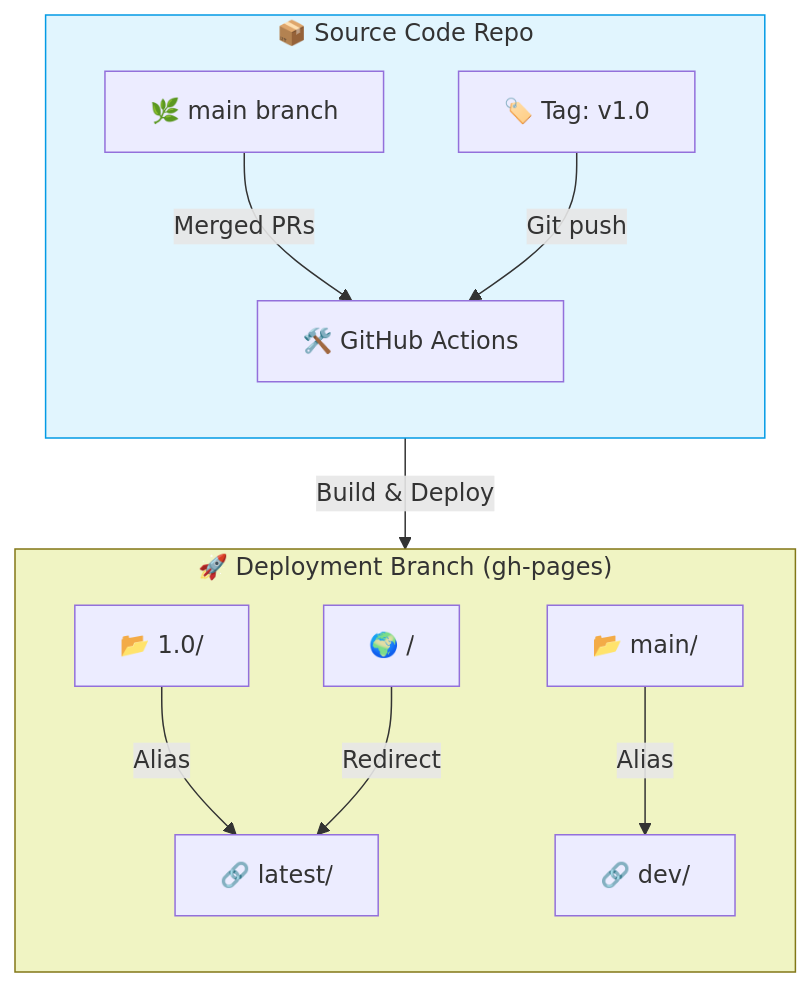
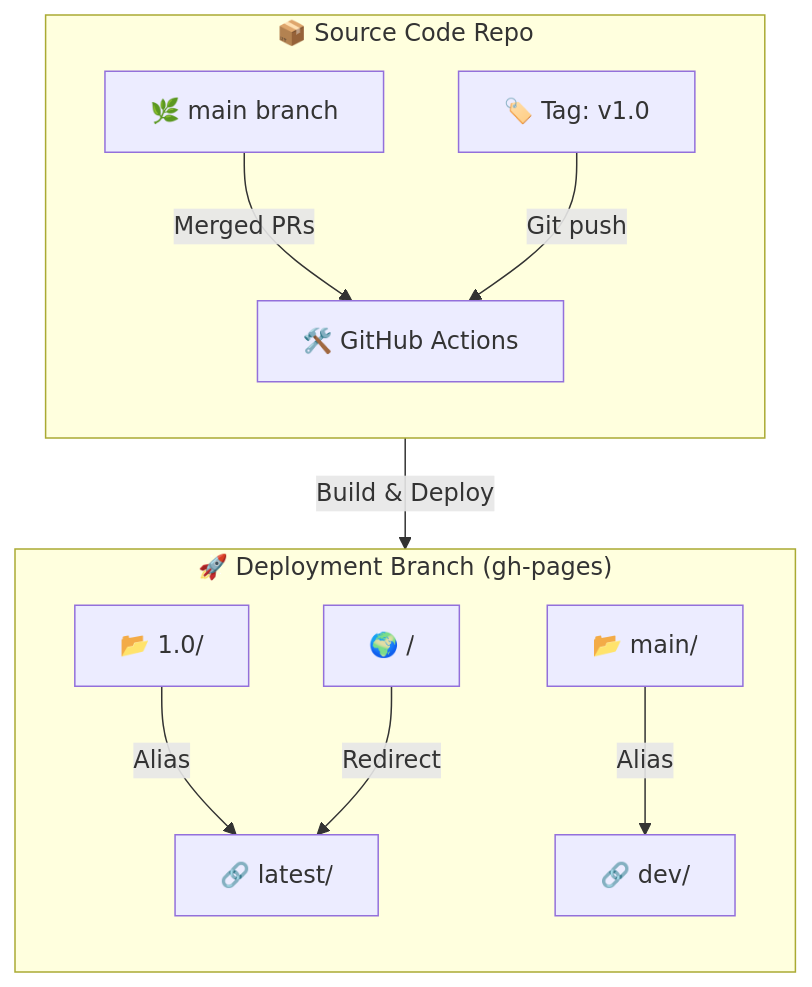
The first of 3 diagrams in README.md (vic-ffm/architecture-docs-open-public), drawn with Mermaid before and after one commit.

Commit message:
fixing mermaid

````diff
--- a/README.md
+++ b/README.md
@@ -213,22 +213,19 @@
 ```mermaid
 flowchart TB
   subgraph Source["📦 Source Code Repo"]
     direction TB
     main["🌿 main branch"] -->|Merged PRs| CI/CD
     tag_v1["🏷️ Tag: v1.0"] -->|Git push| CI/CD
   end
 
   subgraph Deployment["🚀 Deployment Branch (gh-pages)"]
     direction TB
     version_1["📂 1.0/"] -->|Alias| latest["🔗 latest/"]
     version_main["📂 main/"] -->|Alias| dev["🔗 dev/"]
     root["🌍 /"] -->|Redirect| latest
   end
 
   CI/CD["🛠️ GitHub Actions"] -->|Build & Deploy| Deployment
 
-  classDef source fill:#e1f5fe,stroke:#039be5;
-  classDef deploy fill:#f0f4c3,stroke:#827717;
-  class Source source
-  class Deployment deploy
+
 ```
````
